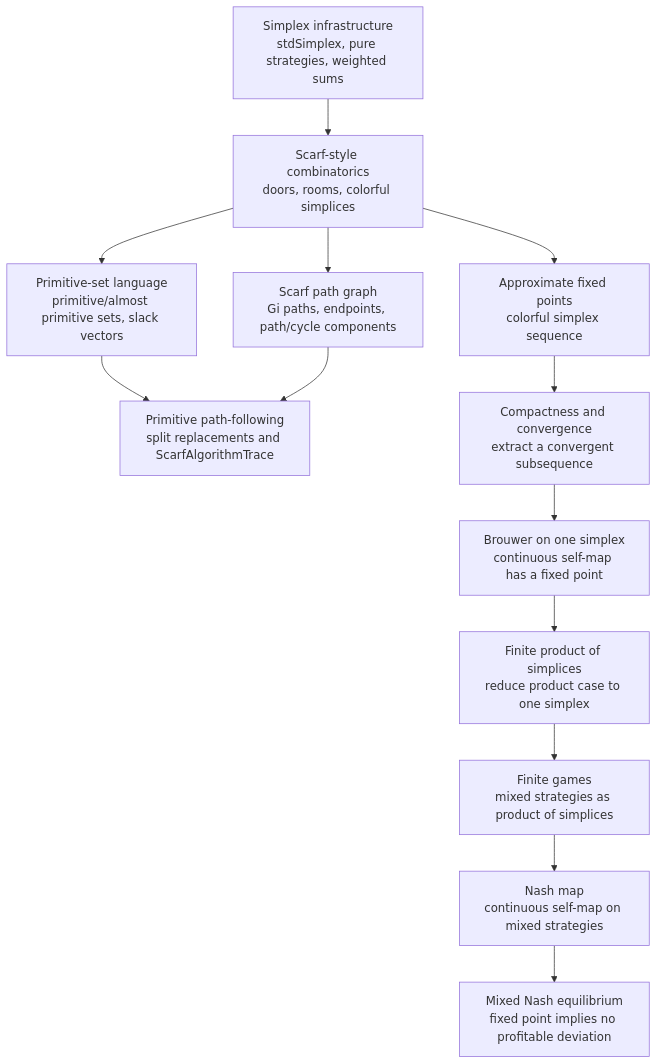
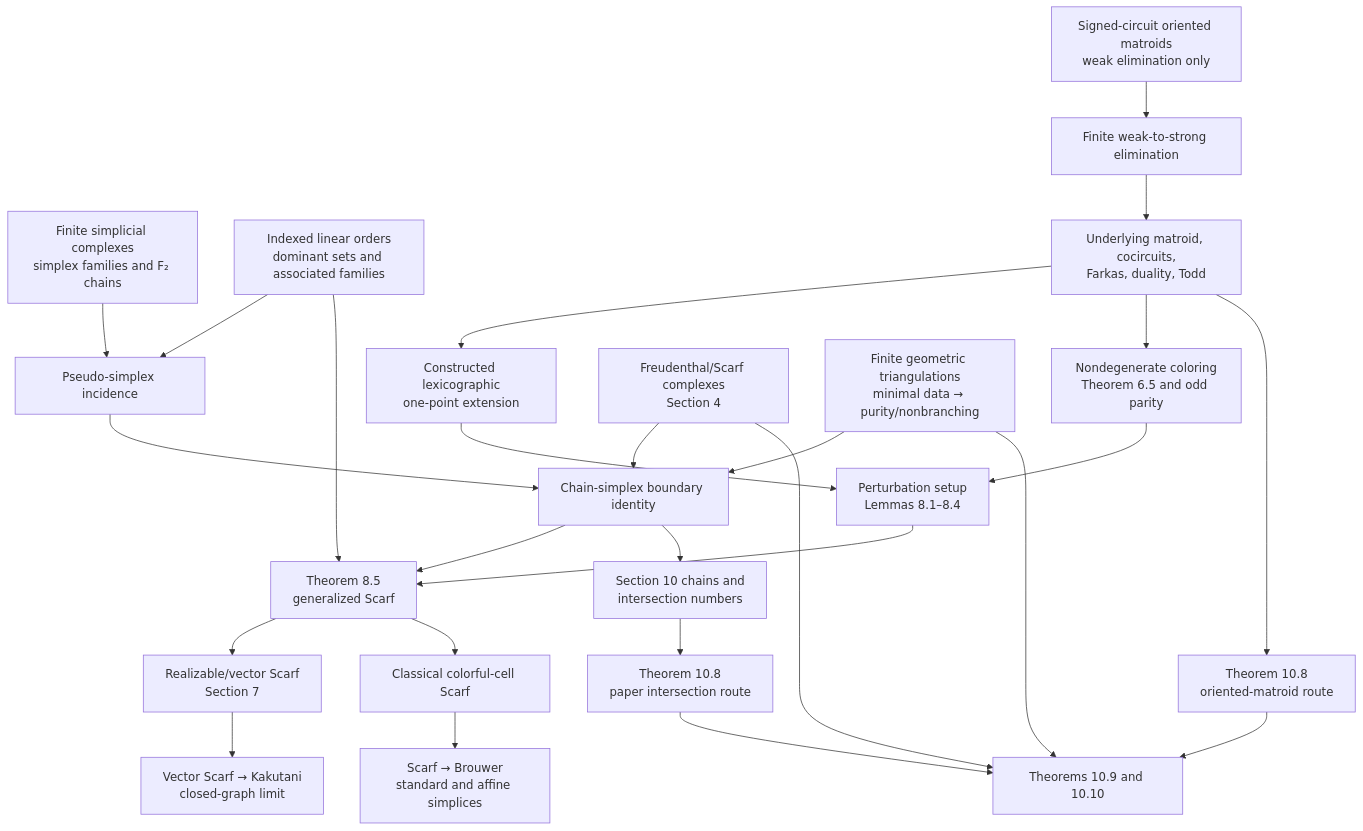
Before and after one commit to math-xmum/Brouwer: the diagram in README.md, drawn with Mermaid. The commit also changed other lines of this file and 74 other files, not shown here.

Commit message:
Formalize generalized Scarf development

````diff
--- a/README.md
+++ b/README.md
@@ -33,22 +44,48 @@
 ```mermaid
 flowchart TD
-    A["Simplex infrastructure<br/>stdSimplex, pure strategies, weighted sums"]
-    B["Scarf-style combinatorics<br/>doors, rooms, colorful simplices"]
-    C["Primitive-set language<br/>primitive/almost primitive sets, slack vectors"]
-    D["Scarf path graph<br/>Gi paths, endpoints, path/cycle components"]
-    E["Primitive path-following<br/>split replacements and ScarfAlgorithmTrace"]
-    F["Approximate fixed points<br/>colorful simplex sequence"]
-    G["Compactness and convergence<br/>extract a convergent subsequence"]
-    H["Brouwer on one simplex<br/>continuous self-map has a fixed point"]
-    I["Finite product of simplices<br/>reduce product case to one simplex"]
-    J["Finite games<br/>mixed strategies as product of simplices"]
-    K["Nash map<br/>continuous self-map on mixed strategies"]
-    L["Mixed Nash equilibrium<br/>fixed point implies no profitable deviation"]
+    SC["Finite simplicial complexes<br/>simplex families and F₂ chains"]
+    PS["Pseudo-simplex incidence"]
+    CS["Chain-simplex boundary identity"]
+    OR["Indexed linear orders<br/>dominant sets and associated families"]
 
-    A --> B
-    B --> C
-    B --> D
-    C --> E
-    D --> E
-    B --> F --> G --> H --> I --> J --> K --> L
+    OM["Signed-circuit oriented matroids<br/>weak elimination only"]
+    WS["Finite weak-to-strong elimination"]
+    DU["Underlying matroid, cocircuits,<br/>Farkas, duality, Todd"]
+    LX["Constructed lexicographic<br/>one-point extension"]
+
+    ND["Nondegenerate coloring<br/>Theorem 6.5 and odd parity"]
+    PT["Perturbation setup<br/>Lemmas 8.1–8.4"]
+    GS["Theorem 8.5<br/>generalized Scarf"]
+
+    VS["Realizable/vector Scarf<br/>Section 7"]
+    CL["Classical colorful-cell Scarf"]
+    BR["Scarf → Brouwer<br/>standard and affine simplices"]
+    KA["Vector Scarf → Kakutani<br/>closed-graph limit"]
+
+    CH["Section 10 chains and<br/>intersection numbers"]
+    T8A["Theorem 10.8<br/>paper intersection route"]
+    T8B["Theorem 10.8<br/>oriented-matroid route"]
+    T910["Theorems 10.9 and 10.10"]
+
+    FR["Freudenthal/Scarf complexes<br/>Section 4"]
+    GT["Finite geometric triangulations<br/>minimal data → purity/nonbranching"]
+
+    SC --> PS --> CS
+    OR --> PS
+    OM --> WS --> DU --> LX
+    DU --> ND
+    LX --> PT
+    ND --> PT --> GS
+    CS --> GS
+    OR --> GS
+
+    GS --> VS --> KA
+    GS --> CL --> BR
+
+    CS --> CH --> T8A --> T910
+    DU --> T8B --> T910
+    FR --> CS
+    FR --> T910
+    GT --> CS
+    GT --> T910
 ```
````
